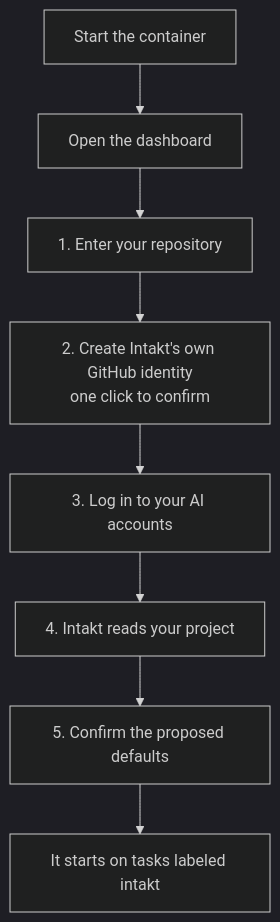
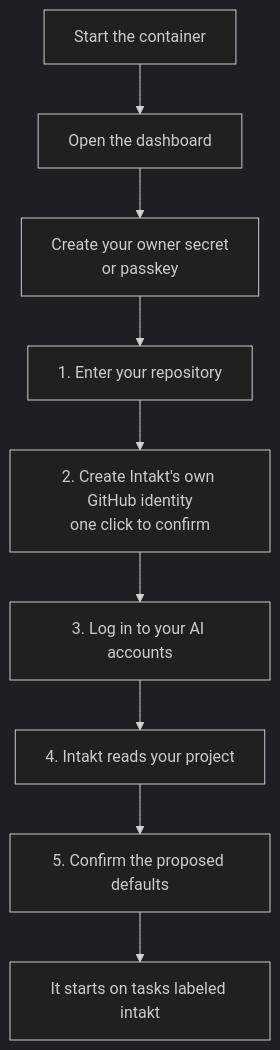
Before and after one commit to shinyredapples/intakt: the first of 2 diagrams in docs/guide/setting-up-intakt.md, drawn with Mermaid (dark theme). The commit also changed other lines of this file and 7 other files, not shown here.

````diff
--- a/docs/guide/setting-up-intakt.md
+++ b/docs/guide/setting-up-intakt.md
@@ -9,10 +9,11 @@
 ```mermaid
 flowchart TD
   run[Start the container] --> open[Open the dashboard]
-  open --> repo[1. Enter your repository]
+  open --> owner[Create your owner secret<br/>or passkey]
+  owner --> repo[1. Enter your repository]
   repo --> app[2. Create Intakt's own GitHub identity<br/>one click to confirm]
   app --> ai[3. Log in to your AI accounts]
   ai --> read[4. Intakt reads your project]
   read --> defaults[5. Confirm the proposed defaults]
   defaults --> go[It starts on tasks labeled intakt]
 ```
````
